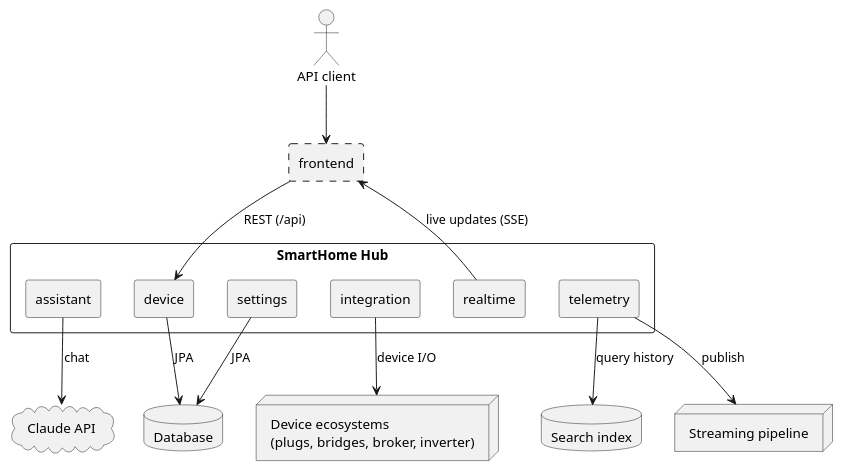
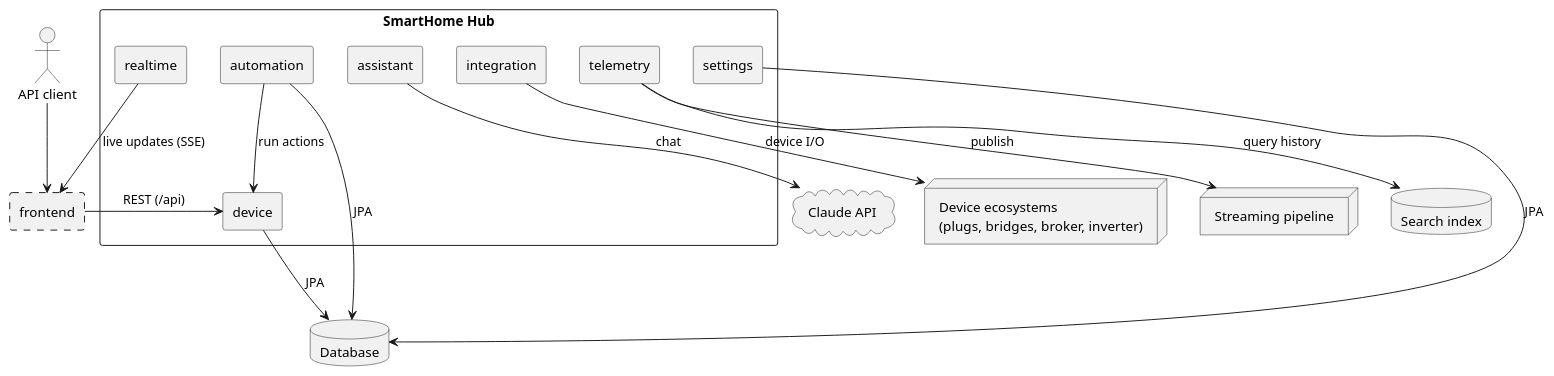
One commit to FelixGeisler/SmartHome changed the first of 4 diagrams in docs/modules/ROOT/pages/05-building-block-view.adoc. Above: the diagram before and after it, drawn with PlantUML. The commit also changed other lines of this file and 2 other files, not shown here.

Commit message:
#58 Record ADR 12 for automations on the domain event bus and add the automation building block.

```diff
--- a/docs/modules/ROOT/pages/05-building-block-view.adoc
+++ b/docs/modules/ROOT/pages/05-building-block-view.adoc
@@ -9,34 +9,37 @@
 [plantuml,building-blocks,svg]
 ----
 @startuml
 skinparam componentStyle rectangle
 
 actor "API client" as client
 [frontend] as fe #line.dashed
 
 rectangle "SmartHome Hub" {
   [assistant]
   [device]
   [integration]
   [telemetry]
   [realtime]
+  [automation]
   [settings]
 }
 
 database "Database" as db
 database "Search index" as idx
 node "Device ecosystems\n(plugs, bridges, broker, inverter)" as world
 node "Streaming pipeline" as pipeline
 cloud "Claude API" as claude
 
 client --> fe
 fe --> device : REST (/api)
 realtime --> fe : live updates (SSE)
 assistant --> claude : chat
 integration --> world : device I/O
 telemetry --> pipeline : publish
 telemetry --> idx : query history
+automation --> device : run actions
 device --> db : JPA
+automation --> db : JPA
 settings --> db : JPA
 @enduml
 ----
```
